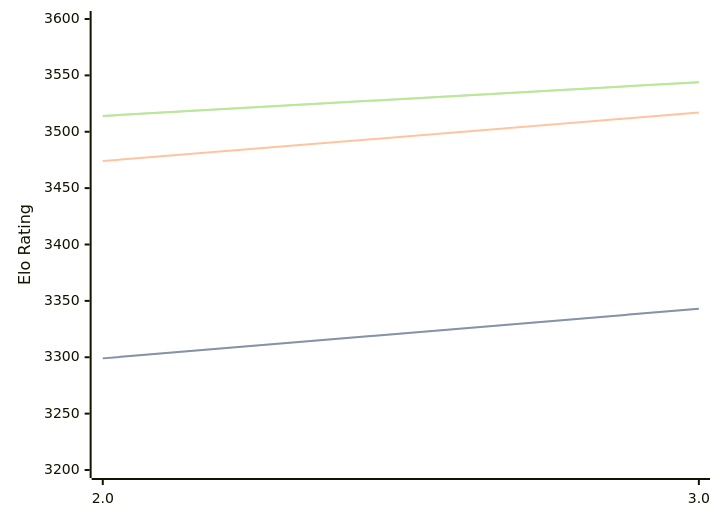
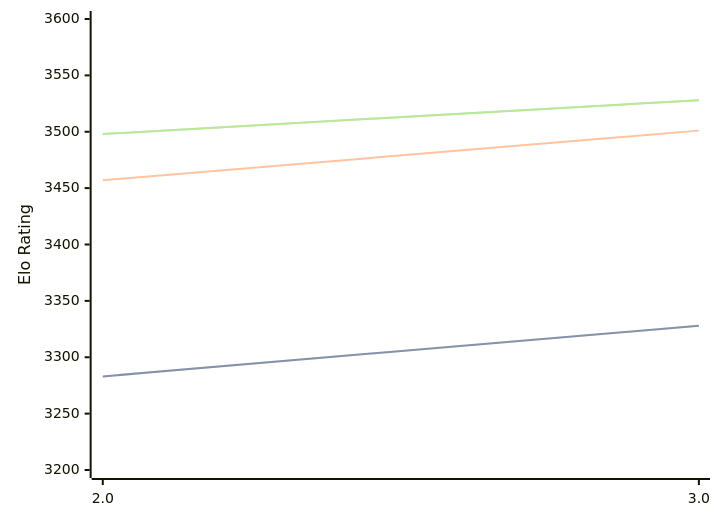
Before and after one commit to computer-chess-index/cci: the diagram in engines/Quanticade.md, drawn with Mermaid. The commit also changed other lines of this file, not shown here.

Commit message:
Update CCI Ratings (ELO VLTC) - 2026-05-20

````diff
--- a/engines/Quanticade.md
+++ b/engines/Quanticade.md
@@ -41,11 +41,11 @@
 ```mermaid
 %%{init: {"theme":"base","themeVariables":{"seriesColors:['#a3a3a3','#222221','#faa371']}}}%%
 xychart-beta
   x-axis ["2.0", "3.0"]
   y-axis "Elo Rating" 3200 --> 3600
-  line "STC (8.0+0.08s)" [3299, 3343]
-  line "STC (8.0+0.08s)" [3299, 3343]
-  line "LTC (60.0+0.60s)" [3474, 3517]
-  line "VLTC (2m24s+1.12s)" [3514, 3544]
-  line "VLTC (2m24s+1.12s)" [3514, 3544]
+  line "STC (8.0+0.08s)" [3283, 3328]
+  line "STC (8.0+0.08s)" [3283, 3328]
+  line "LTC (60.0+0.60s)" [3457, 3501]
+  line "VLTC (2m24s+1.12s)" [3498, 3528]
+  line "VLTC (2m24s+1.12s)" [3498, 3528]
 ```
````
